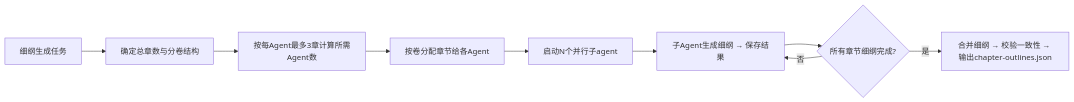
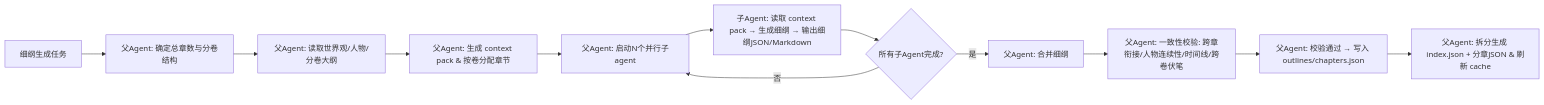
One commit to wq1131173682/wqsumeru changed the diagram in skills/sumeru-outline/SKILL.md. Above: the diagram before and after it, drawn with Mermaid. The commit also changed other lines of this file and 4 other files, not shown here.

````diff
--- a/skills/sumeru-outline/SKILL.md
+++ b/skills/sumeru-outline/SKILL.md
@@ -203,11 +214,14 @@
 ```mermaid
 flowchart LR
-    A[细纲生成任务] --> B[确定总章数与分卷结构]
-    B --> C[按每Agent最多3章计算所需Agent数]
-    C --> D[按卷分配章节给各Agent]
-    D --> E[启动N个并行子agent]
-    E --> F[子Agent生成细纲 → 保存结果]
-    F --> G{所有章节细纲完成?}
-    G -->|否| F
-    G -->|是| H[合并细纲 → 校验一致性 → 输出chapter-outlines.json]
+    A[细纲生成任务] --> B[父Agent: 确定总章数与分卷结构]
+    B --> C[父Agent: 读取世界观/人物/分卷大纲]
+    C --> D[父Agent: 生成 context pack & 按卷分配章节]
+    D --> E[父Agent: 启动N个并行子agent]
+    E --> F[子Agent: 读取 context pack → 生成细纲 → 输出细纲JSON/Markdown]
+    F --> G{所有子Agent完成?}
+    G -->|否| E
+    G -->|是| H[父Agent: 合并细纲]
+    H --> I[父Agent: 一致性校验: 跨章衔接/人物连续性/时间线/跨卷伏笔]
+    I --> J[父Agent: 校验通过 → 写入 outlines/chapters.json]
+    J --> K[父Agent: 拆分生成 index.json + 分章JSON & 刷新 cache]
 ```
````
